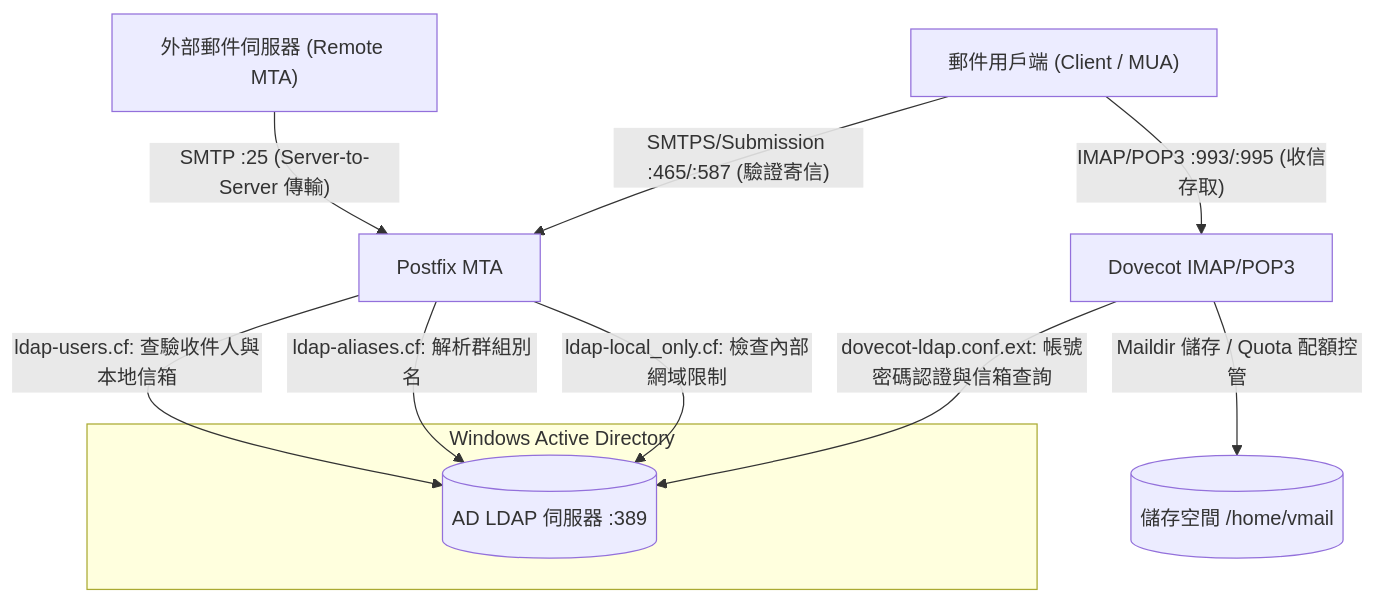
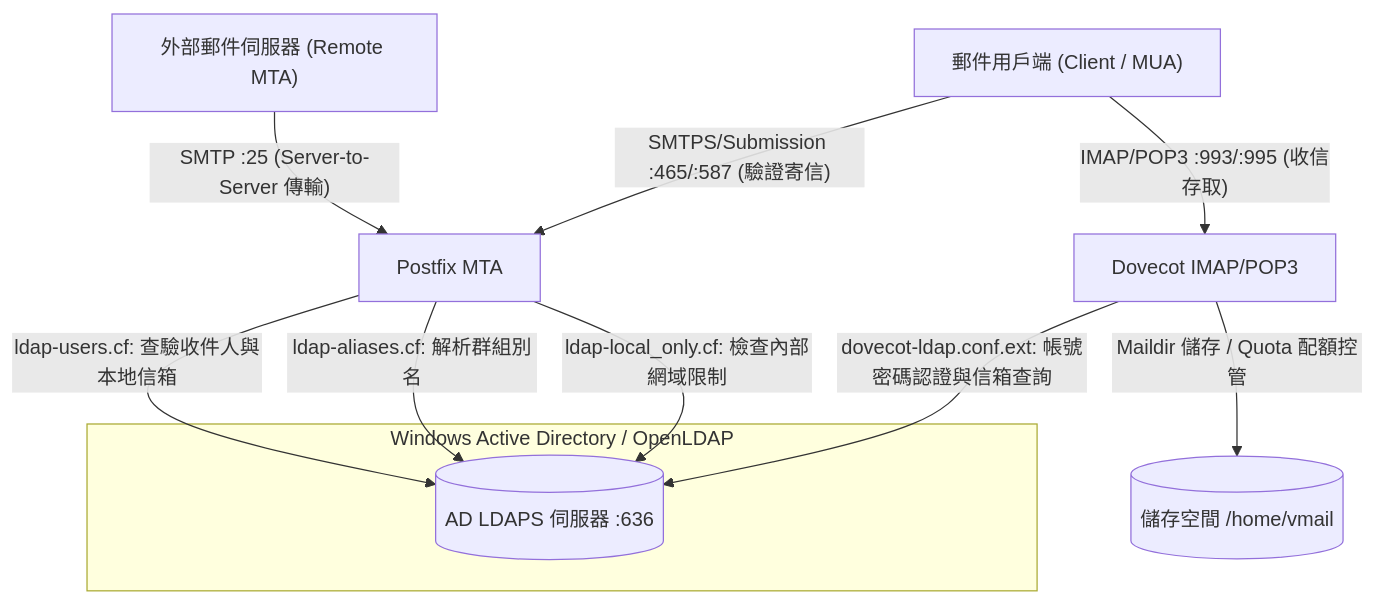
The first of 4 diagrams in ARCHITECTURE.zh-TW.md (WilliamFromTW/docker-Postfix-AD), drawn with Mermaid before and after one commit. The commit also changed other lines of this file and 16 other files, not shown here.

Commit message:
feat(ldap): upgrade all LDAP connections to LDAPS Port 636 with TLS

````diff
--- a/ARCHITECTURE.zh-TW.md
+++ b/ARCHITECTURE.zh-TW.md
@@ -21,16 +21,16 @@
 ```mermaid
 graph TD
     RemoteMTA["外部郵件伺服器 (Remote MTA)"] -->|"SMTP :25 (Server-to-Server 傳輸)"| Postfix["Postfix MTA"]
     Client["郵件用戶端 (Client / MUA)"] -->|"SMTPS/Submission :465/:587 (驗證寄信)"| Postfix
     Client -->|"IMAP/POP3 :993/:995 (收信存取)"| Dovecot["Dovecot IMAP/POP3"]
     
-    subgraph AD_DC ["Windows Active Directory"]
-        AD[("AD LDAP 伺服器 :389")]
+    subgraph AD_DC ["Windows Active Directory / OpenLDAP"]
+        AD[("AD LDAPS 伺服器 :636")]
     end
 
     Postfix -->|ldap-users.cf: 查驗收件人與本地信箱| AD
     Postfix -->|ldap-aliases.cf: 解析群組別名| AD
     Postfix -->|ldap-local_only.cf: 檢查內部網域限制| AD
     Dovecot -->|dovecot-ldap.conf.ext: 帳號密碼認證與信箱查詢| AD
     Dovecot -->|Maildir 儲存 / Quota 配額控管| VMail[("儲存空間 /home/vmail")]
 ```
````
